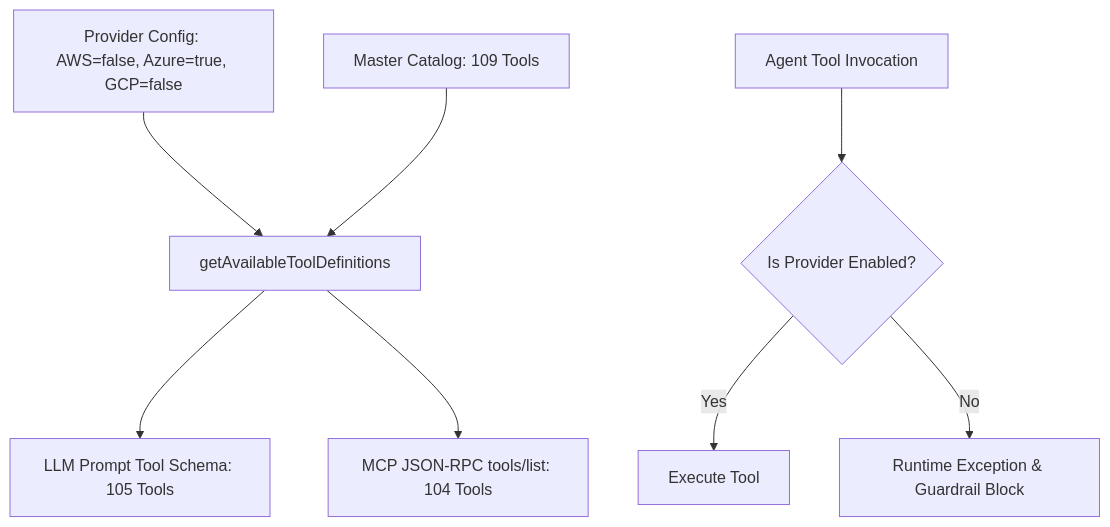
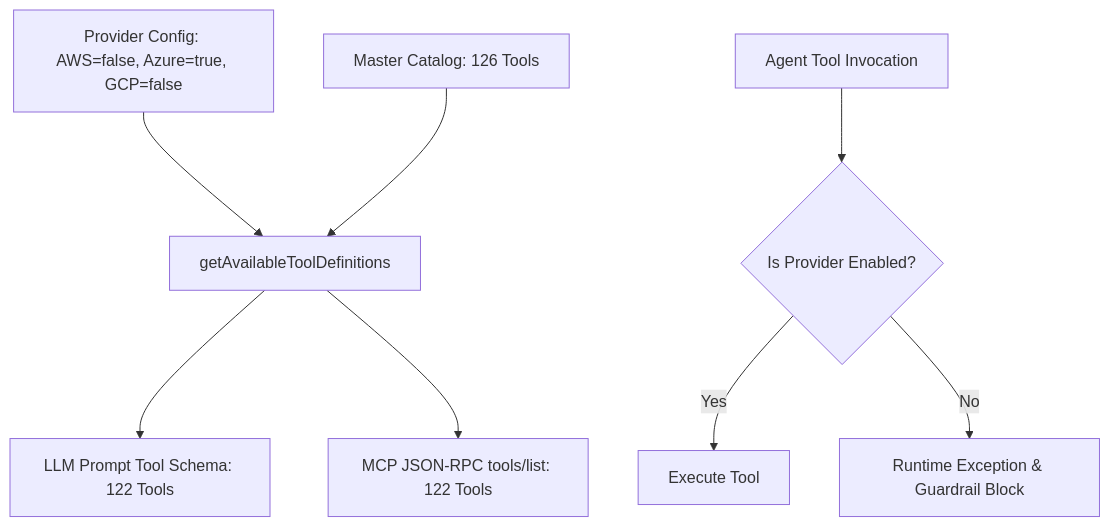
The diagram in docs/specs/26-cloud-provider-toggles-and-kubeconfig-grounding.md (williamsjoshua005/devops-agent), drawn with Mermaid before and after one commit. The commit also changed other lines of this file and 4 other files, not shown here.

````diff
--- a/docs/specs/26-cloud-provider-toggles-and-kubeconfig-grounding.md
+++ b/docs/specs/26-cloud-provider-toggles-and-kubeconfig-grounding.md
@@ -61,11 +61,11 @@
 ```mermaid
 flowchart TD
     Config[Provider Config: AWS=false, Azure=true, GCP=false] --> Filter[getAvailableToolDefinitions]
-    Master[Master Catalog: 109 Tools] --> Filter
-    Filter --> LLM[LLM Prompt Tool Schema: 105 Tools]
-    Filter --> MCP[MCP JSON-RPC tools/list: 104 Tools]
+    Master[Master Catalog: 126 Tools] --> Filter
+    Filter --> LLM[LLM Prompt Tool Schema: 122 Tools]
+    Filter --> MCP[MCP JSON-RPC tools/list: 122 Tools]
 
     ToolCall[Agent Tool Invocation] --> Gate{Is Provider Enabled?}
     Gate -- Yes --> Execute[Execute Tool]
     Gate -- No --> Reject[Runtime Exception & Guardrail Block]
 ```
````
